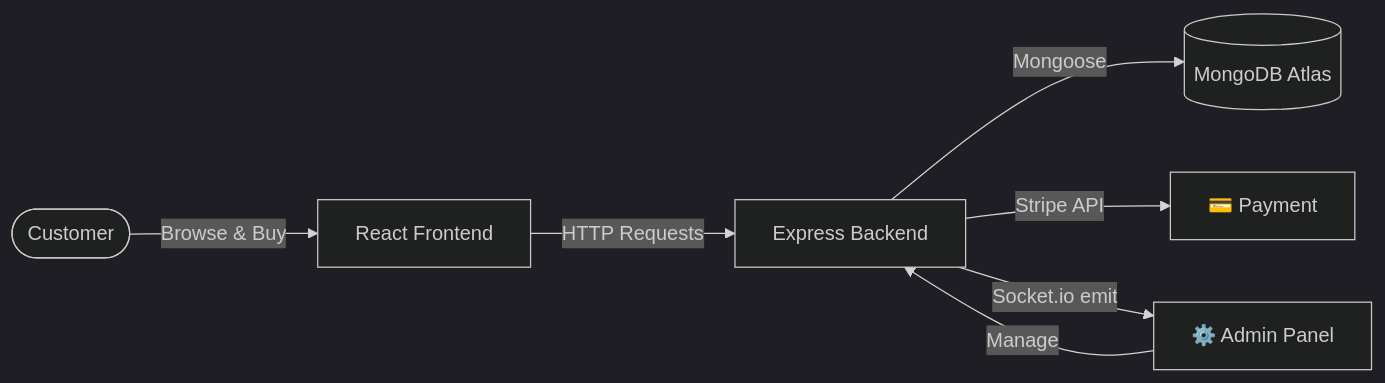
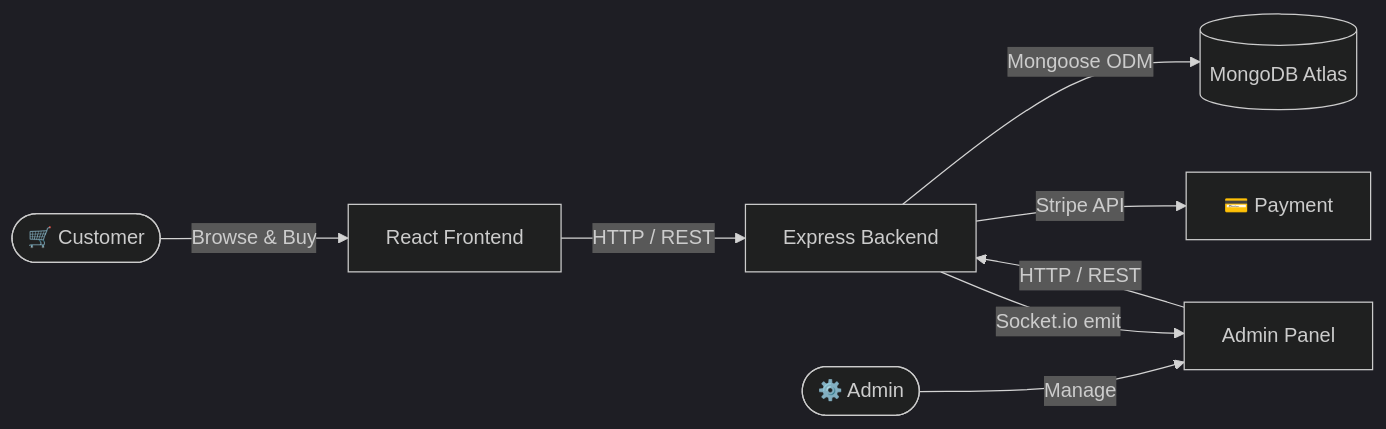
Before and after one commit to priyanshuuranjan/Fertilizer-Shop-admin: the diagram in README.md, drawn with Mermaid (dark theme). The commit also changed other lines of this file, not shown here.

Commit message:
docs: rewrite README in English with ASCII flows, API reference, security table

````diff
--- a/README.md
+++ b/README.md
@@ -41,9 +194,10 @@
 ```mermaid
 flowchart LR
-    C([Customer]) -->|Browse & Buy| FE[React Frontend]
-    FE -->|HTTP Requests| BE[Express Backend]
-    BE -->|Mongoose| DB[(MongoDB Atlas)]
+    Customer([🛒 Customer]) -->|Browse & Buy| FE[React Frontend]
+    Admin([⚙️ Admin]) -->|Manage| AP[Admin Panel]
+    FE -->|HTTP / REST| BE[Express Backend]
+    AP -->|HTTP / REST| BE
+    BE -->|Mongoose ODM| DB[(MongoDB Atlas)]
     BE -->|Stripe API| Pay[💳 Payment]
-    BE -->|Socket.io emit| Admin[⚙️ Admin Panel]
-    Admin -->|Manage| BE
+    BE -->|Socket.io emit| AP
 ```
````
